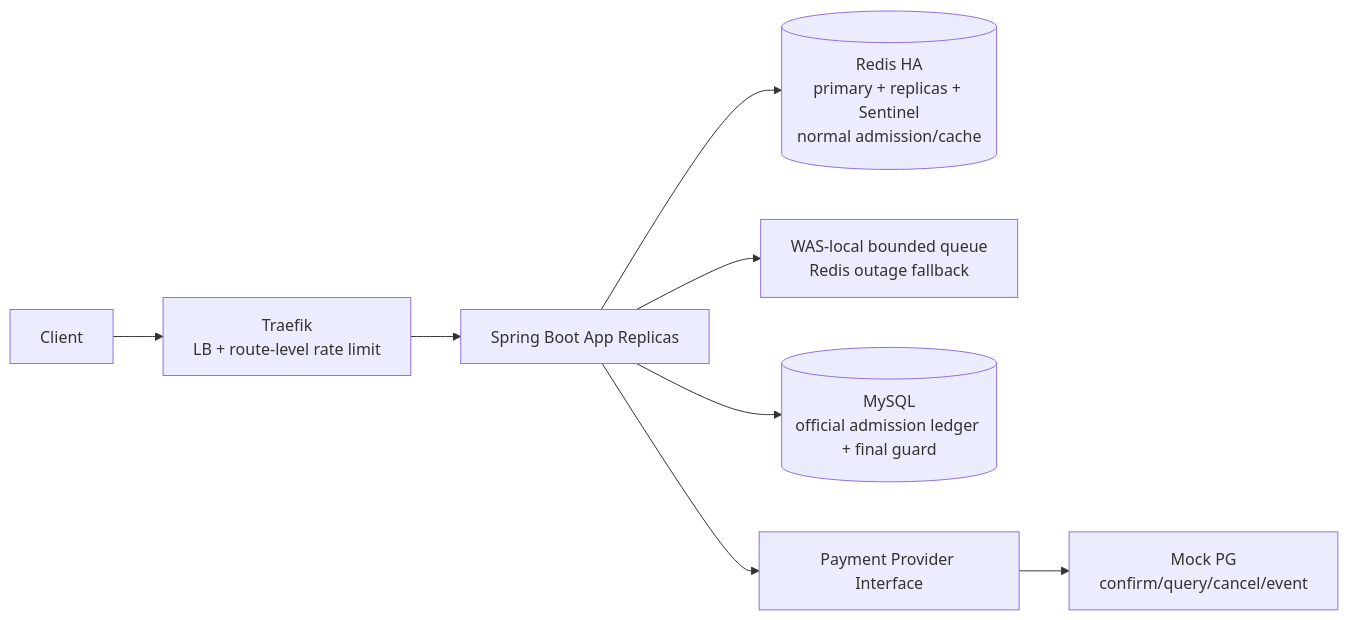
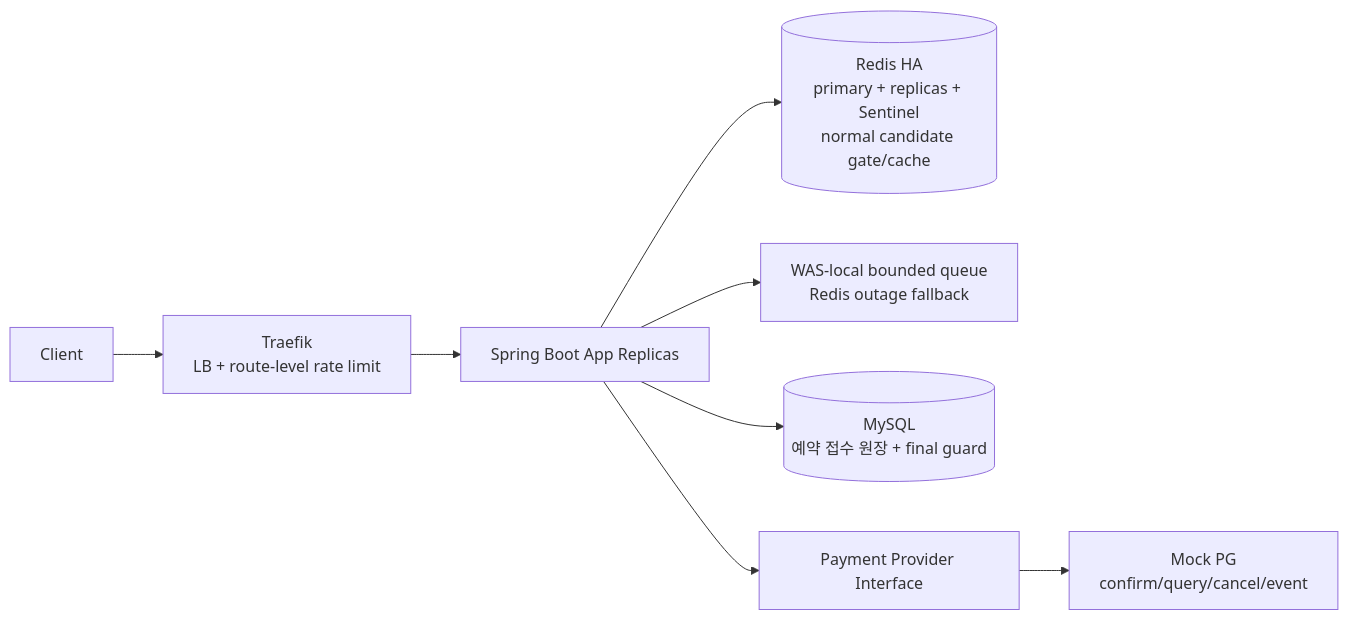
The first of 5 diagrams in docs/system-design/sdd.md (lsh1215/peak-booking-system), drawn with Mermaid before and after one commit. The commit also changed other lines of this file and 4 other files, not shown here.

````diff
--- a/docs/system-design/sdd.md
+++ b/docs/system-design/sdd.md
@@ -75,10 +75,10 @@
 ```mermaid
 flowchart LR
     Client[Client] --> LB[Traefik<br/>LB + route-level rate limit]
     LB --> App[Spring Boot App Replicas]
-    App --> Redis[(Redis HA<br/>primary + replicas + Sentinel<br/>normal admission/cache)]
+    App --> Redis[(Redis HA<br/>primary + replicas + Sentinel<br/>normal candidate gate/cache)]
     App --> LocalQ[WAS-local bounded queue<br/>Redis outage fallback]
-    App --> RDB[(MySQL<br/>official admission ledger + final guard)]
+    App --> RDB[(MySQL<br/>예약 접수 원장 + final guard)]
     App --> PaymentPort[Payment Provider Interface]
     PaymentPort --> StubPG[Mock PG<br/>confirm/query/cancel/event]
 ```
````
